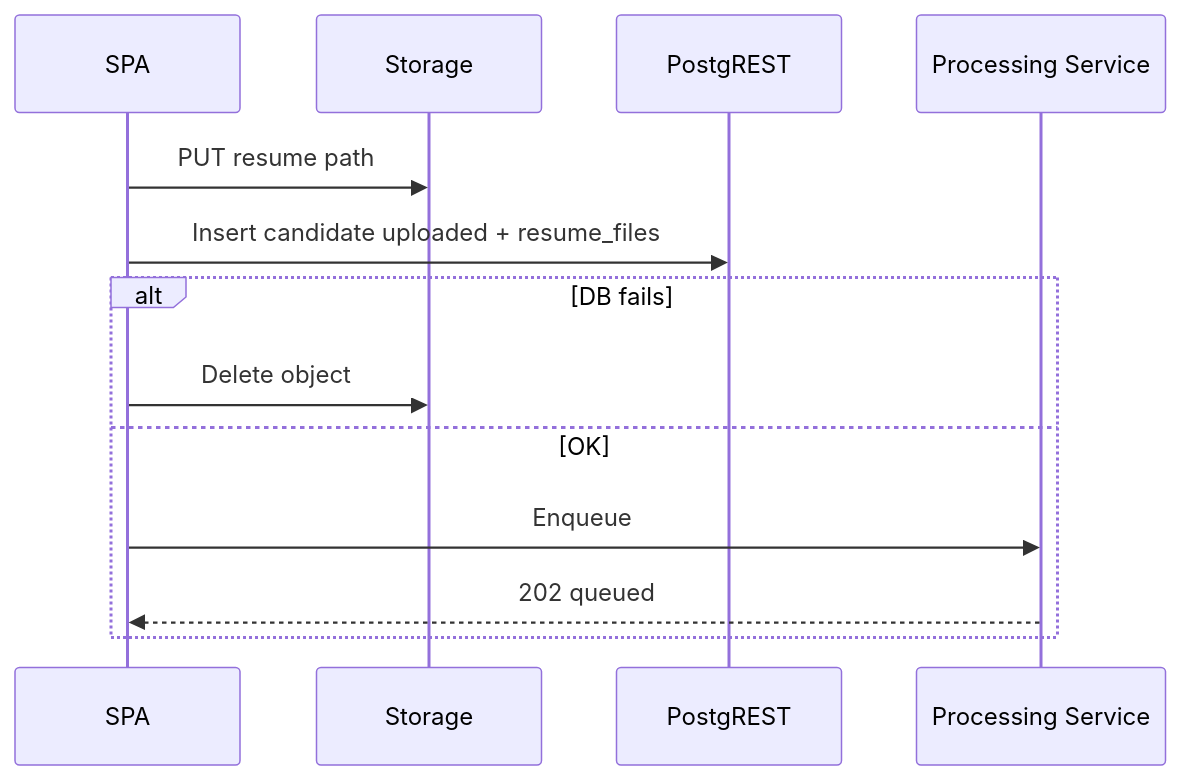
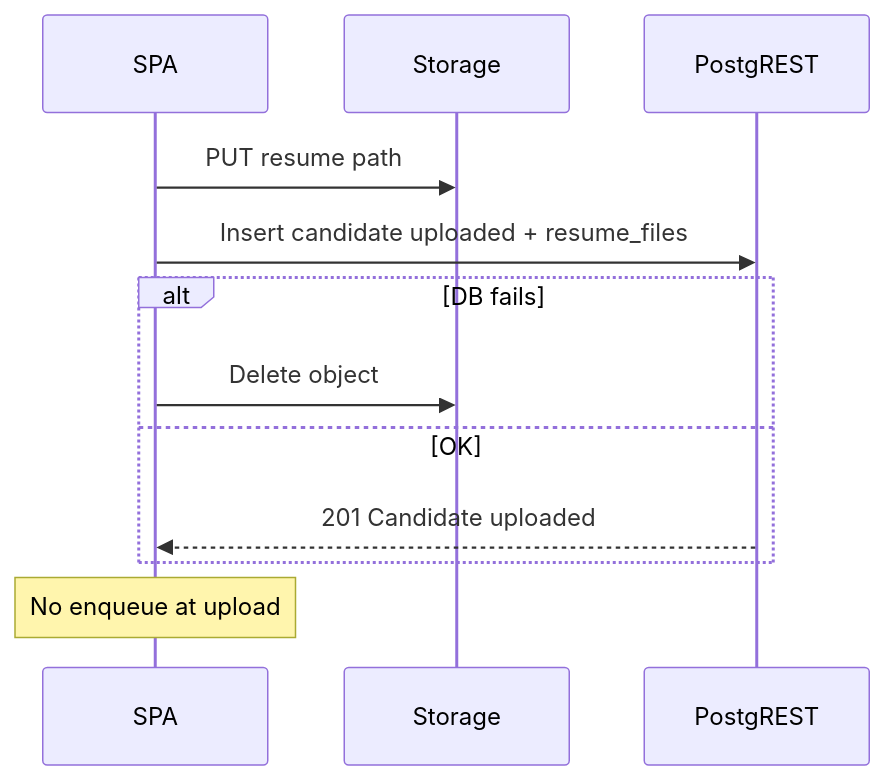
Before and after one commit to VishnuVardhan-CH-2022/resume-rank-ai-dev: the ninth of 12 diagrams in docs/02-design/06-API-Design-Specification.md, drawn with Mermaid. The commit also changed other lines of this file and 4 other files, not shown here.

````diff
--- a/docs/02-design/06-API-Design-Specification.md
+++ b/docs/02-design/06-API-Design-Specification.md
@@ -880,15 +1001,14 @@
 ```mermaid
 sequenceDiagram
   participant SPA
   participant ST as Storage
   participant API as PostgREST
-  participant RPS as Processing Service
   SPA->>ST: PUT resume path
   SPA->>API: Insert candidate uploaded + resume_files
   alt DB fails
     SPA->>ST: Delete object
   else OK
-    SPA->>RPS: Enqueue
-    RPS-->>SPA: 202 queued
+    API-->>SPA: 201 Candidate uploaded
   end
+  Note over SPA: No enqueue at upload
 ```
````
